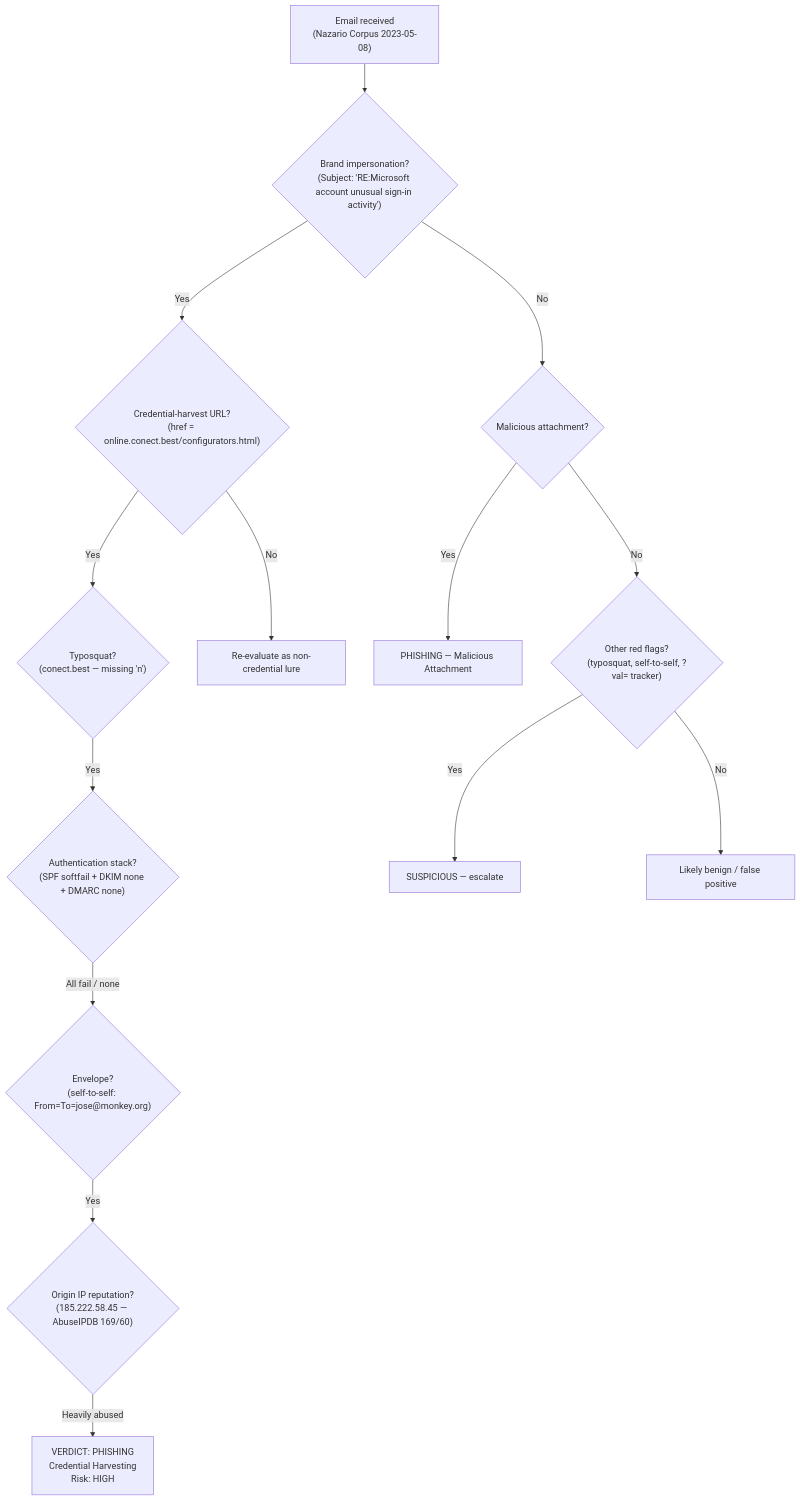
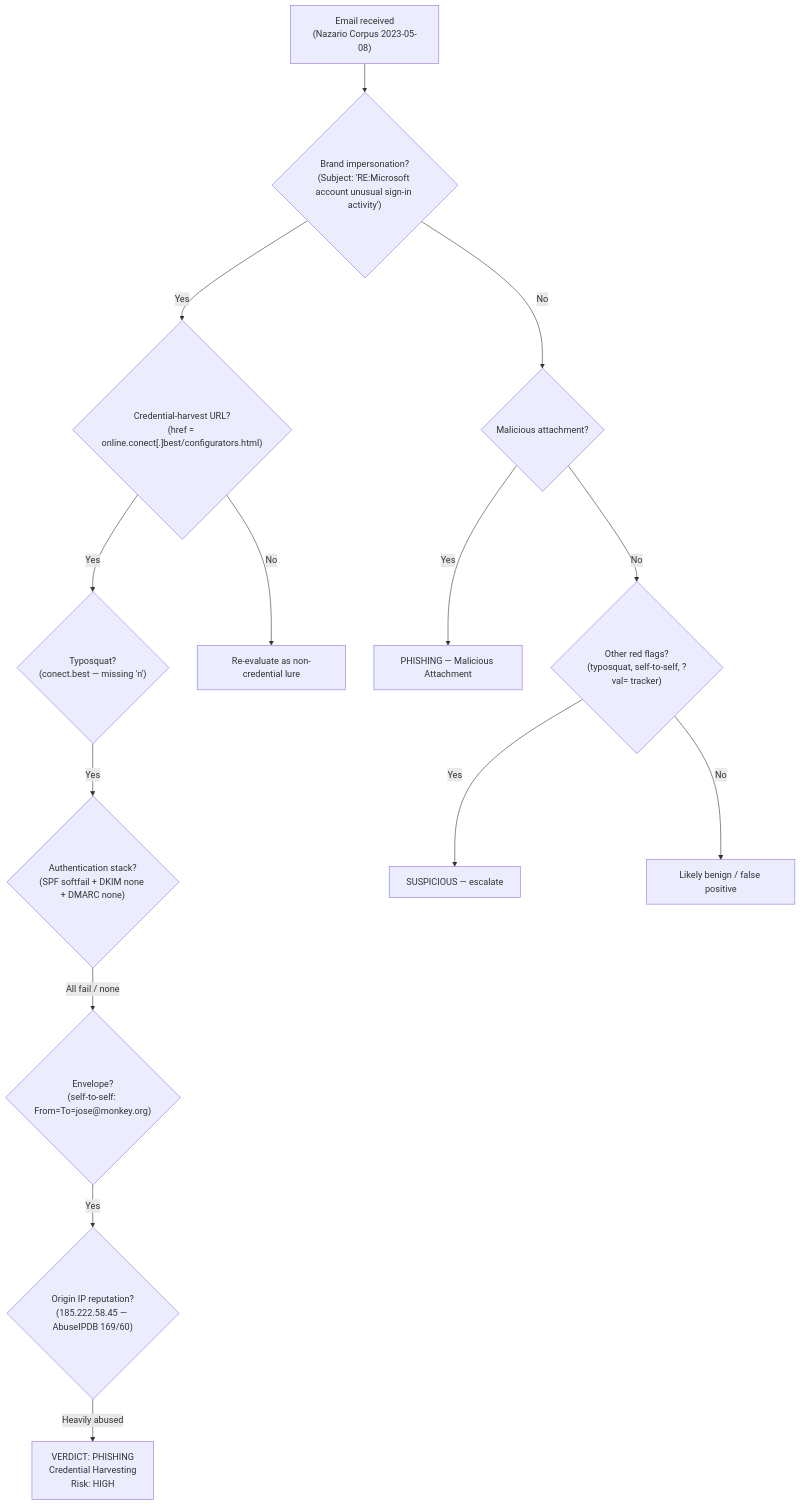
Before and after one commit to kbugra/phishing-investigation-lab: the fourth of 4 diagrams in reports/phishing_investigation_report_CASE2_FINAL.md, drawn with Mermaid. The commit also changed other lines of this file and 6 other files, not shown here.

````diff
--- a/reports/phishing_investigation_report_CASE2_FINAL.md
+++ b/reports/phishing_investigation_report_CASE2_FINAL.md
@@ -319,16 +316,16 @@
 ```mermaid
 flowchart TD
     A["Email received<br/>(Nazario Corpus 2023-05-08)"] --> B{"Brand impersonation?<br/>(Subject: 'RE:Microsoft account unusual sign-in activity')"}
-    B -- Yes --> C{"Credential-harvest URL?<br/>(href = online.conect.best/configurators.html)"}
+    B -- Yes --> C{"Credential-harvest URL?<br/>(href = online.conect[.]best/configurators.html)"}
     C -- Yes --> D{"Typosquat?<br/>(conect.best — missing 'n')"}
     D -- Yes --> E{"Authentication stack?<br/>(SPF softfail + DKIM none + DMARC none)"}
     E -- All fail / none --> F{"Envelope?<br/>(self-to-self: From=To=jose@monkey.org)"}
     F -- Yes --> G{"Origin IP reputation?<br/>(185.222.58.45 — AbuseIPDB 169/60)"}
     G -- Heavily abused --> H["VERDICT: PHISHING<br/>Credential Harvesting<br/>Risk: HIGH"]
     C -- No --> I["Re-evaluate as non-credential lure"]
     B -- No --> J{"Malicious attachment?"}
     J -- Yes --> K["PHISHING — Malicious Attachment"]
     J -- No --> L{"Other red flags?<br/>(typosquat, self-to-self, ?val= tracker)"}
     L -- Yes --> M["SUSPICIOUS — escalate"]
     L -- No --> N["Likely benign / false positive"]
 ```
````
